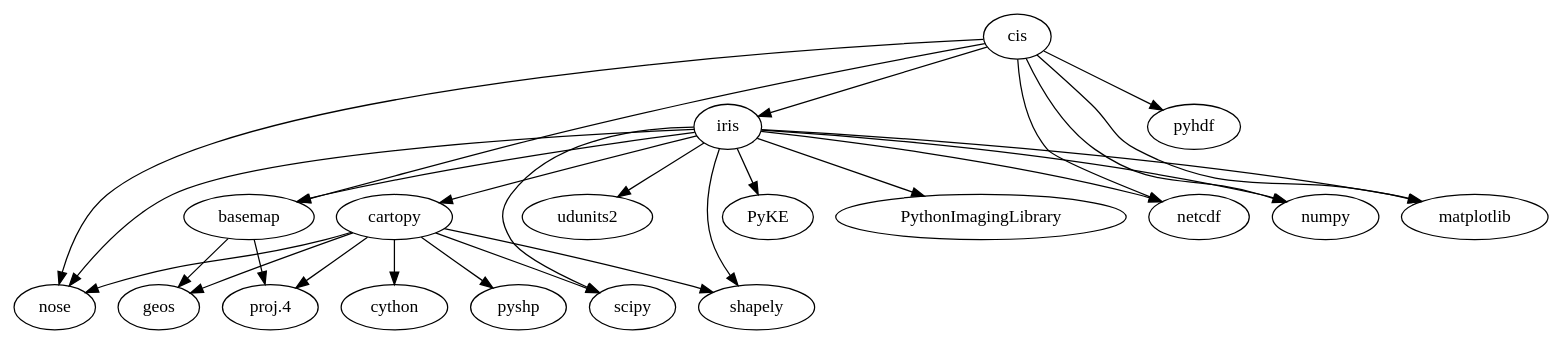
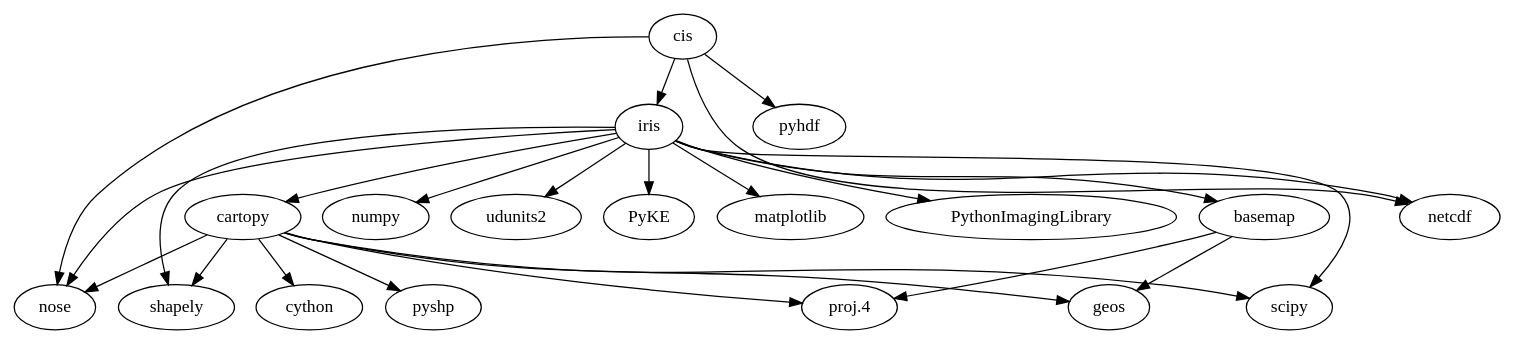
One commit to cedadev/cis changed the diagram in doc/cis_dependency.dot. Above: the diagram before and after it, drawn with Graphviz. The commit also changed 2 other files, not shown here.

```diff
--- a/doc/cis_dependency.dot
+++ b/doc/cis_dependency.dot
@@ -1,33 +1,30 @@
 digraph cis {
     cis -> iris;
     cis -> nose;
     cis -> netcdf;
-    cis -> pyhdf;
-    cis -> numpy;
-    cis -> basemap;
-    cis -> matplotlib;
+	cis -> pyhdf;
 
     iris -> netcdf;
     iris -> nose;
     iris -> numpy;
     iris -> scipy;
     iris -> udunits2;
     iris -> PyKE;
     iris -> matplotlib;
     iris -> cartopy;
     iris -> PythonImagingLibrary;
     iris -> basemap;
     iris -> shapely;
     
     basemap -> "proj.4";
     basemap -> geos;
 
     cartopy -> cython;
     cartopy -> "proj.4";
     cartopy -> geos;
     cartopy -> shapely;
     cartopy -> pyshp;
     cartopy -> nose;
     cartopy -> scipy;    
 
 }
```
